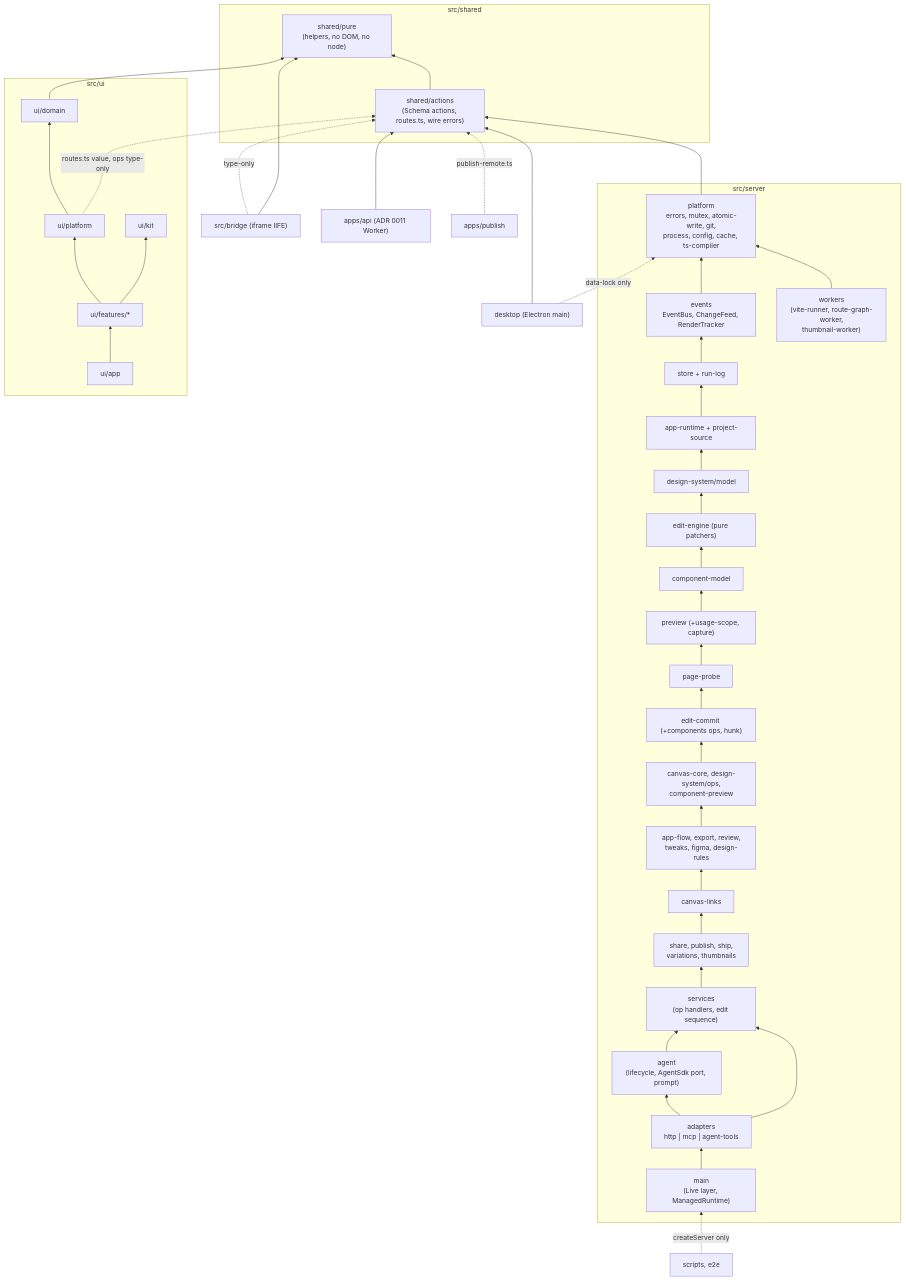
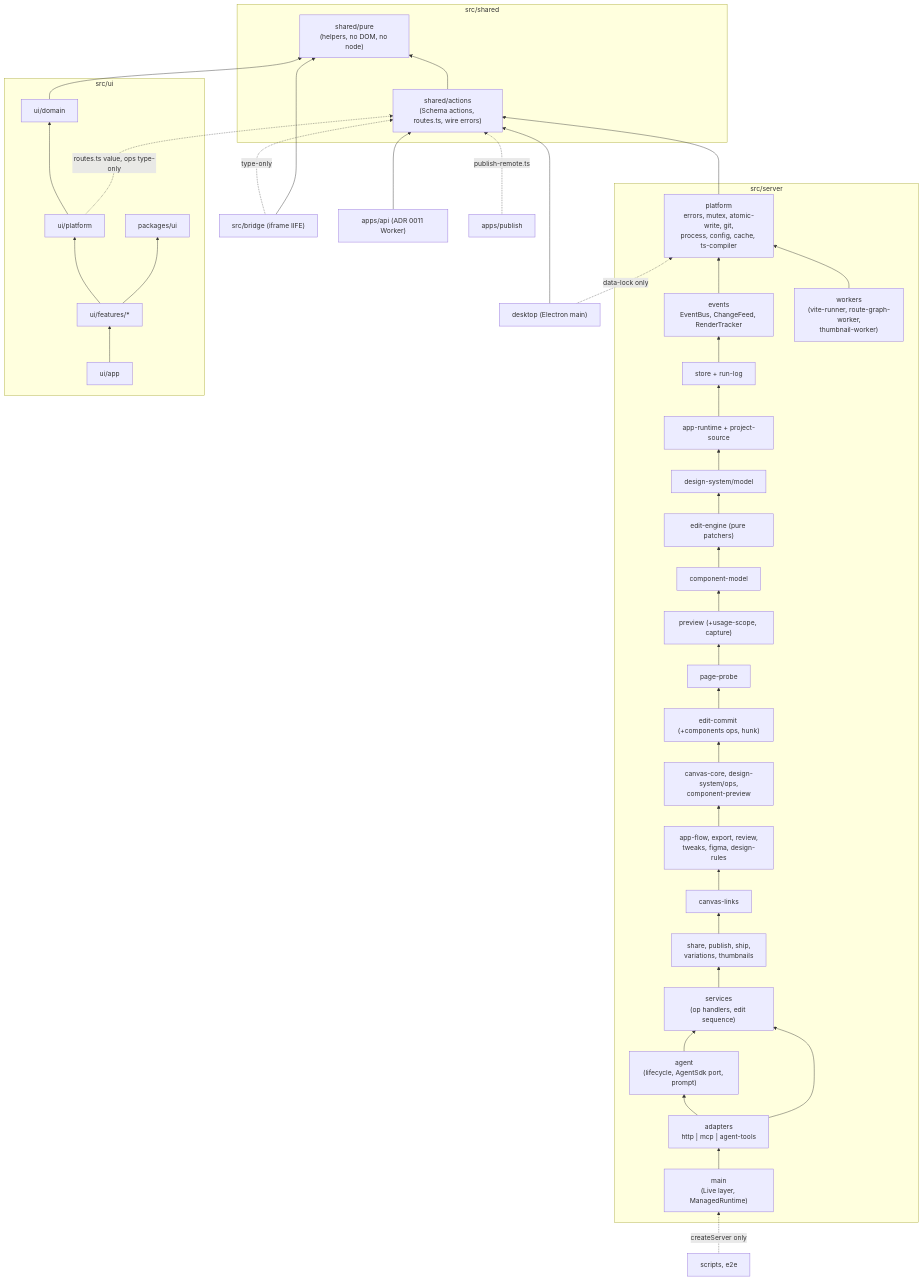
One commit to Tbsheff/design-studio changed the diagram in docs/adr/0010-effect-and-enforced-layers.md. Above: the diagram before and after it, drawn with Mermaid. The commit also changed 189 other files, not shown here.

Commit message:
refactor(layout): L9 extract packages/ui (@design-studio/ui); rewrite kit importers; add vite alias, tsconfig paths, no-apps import rule. Speed mode: gates not run

````diff
--- a/docs/adr/0010-effect-and-enforced-layers.md
+++ b/docs/adr/0010-effect-and-enforced-layers.md
@@ -61,79 +61,79 @@
 ```mermaid
 flowchart BT
   subgraph shared["src/shared"]
     pure["shared/pure<br/>(helpers, no DOM, no node)"]
     contract["shared/actions<br/>(Schema actions, routes.ts, wire errors)"]
     contract --> pure
   end
 
   subgraph server["src/server"]
     platform["platform<br/>errors, mutex, atomic-write, git,<br/>process, config, cache, ts-compiler"]
     L1["events<br/>EventBus, ChangeFeed, RenderTracker"]
     L2["store + run-log"]
     L3["app-runtime + project-source"]
     L4["design-system/model"]
     L5["edit-engine (pure patchers)"]
     L6["component-model"]
     L7["preview (+usage-scope, capture)"]
     L8["page-probe"]
     L9["edit-commit (+components ops, hunk)"]
     L10["canvas-core, design-system/ops,<br/>component-preview"]
     L11["app-flow, export, review,<br/>tweaks, figma, design-rules"]
     L12["canvas-links"]
     L13["share, publish, ship,<br/>variations, thumbnails"]
     services["services<br/>(op handlers, edit sequence)"]
     agent["agent<br/>(lifecycle, AgentSdk port, prompt)"]
     adapters["adapters<br/>http | mcp | agent-tools"]
     main["main<br/>(Live layer, ManagedRuntime)"]
     workers["workers<br/>(vite-runner, route-graph-worker,<br/>thumbnail-worker)"]
 
     L1 --> platform
     L2 --> L1
     L3 --> L2
     L4 --> L3
     L5 --> L4
     L6 --> L5
     L7 --> L6
     L8 --> L7
     L9 --> L8
     L10 --> L9
     L11 --> L10
     L12 --> L11
     L13 --> L12
     services --> L13
     agent --> services
     adapters --> agent
     adapters --> services
     main --> adapters
     workers --> platform
   end
 
   subgraph ui["src/ui"]
-    kit["ui/kit"]
+    kit["packages/ui"]
     udomain["ui/domain"]
     uplatform["ui/platform"]
     features["ui/features/*"]
     app["ui/app"]
     uplatform --> udomain
     features --> uplatform
     features --> kit
     app --> features
   end
 
   bridge["src/bridge (iframe IIFE)"]
   desktop["desktop (Electron main)"]
   tooling["scripts, e2e"]
   cloudapi["apps/api (ADR 0011 Worker)"]
   cloudpub["apps/publish"]
 
   platform --> contract
   udomain --> pure
   uplatform -. "routes.ts value, ops type-only" .-> contract
   bridge -. "type-only" .-> contract
   bridge --> pure
   desktop --> contract
   desktop -. "data-lock only" .-> platform
   tooling -. "createServer only" .-> main
   cloudapi --> contract
   cloudpub -. "publish-remote.ts" .-> contract
 ```
````
